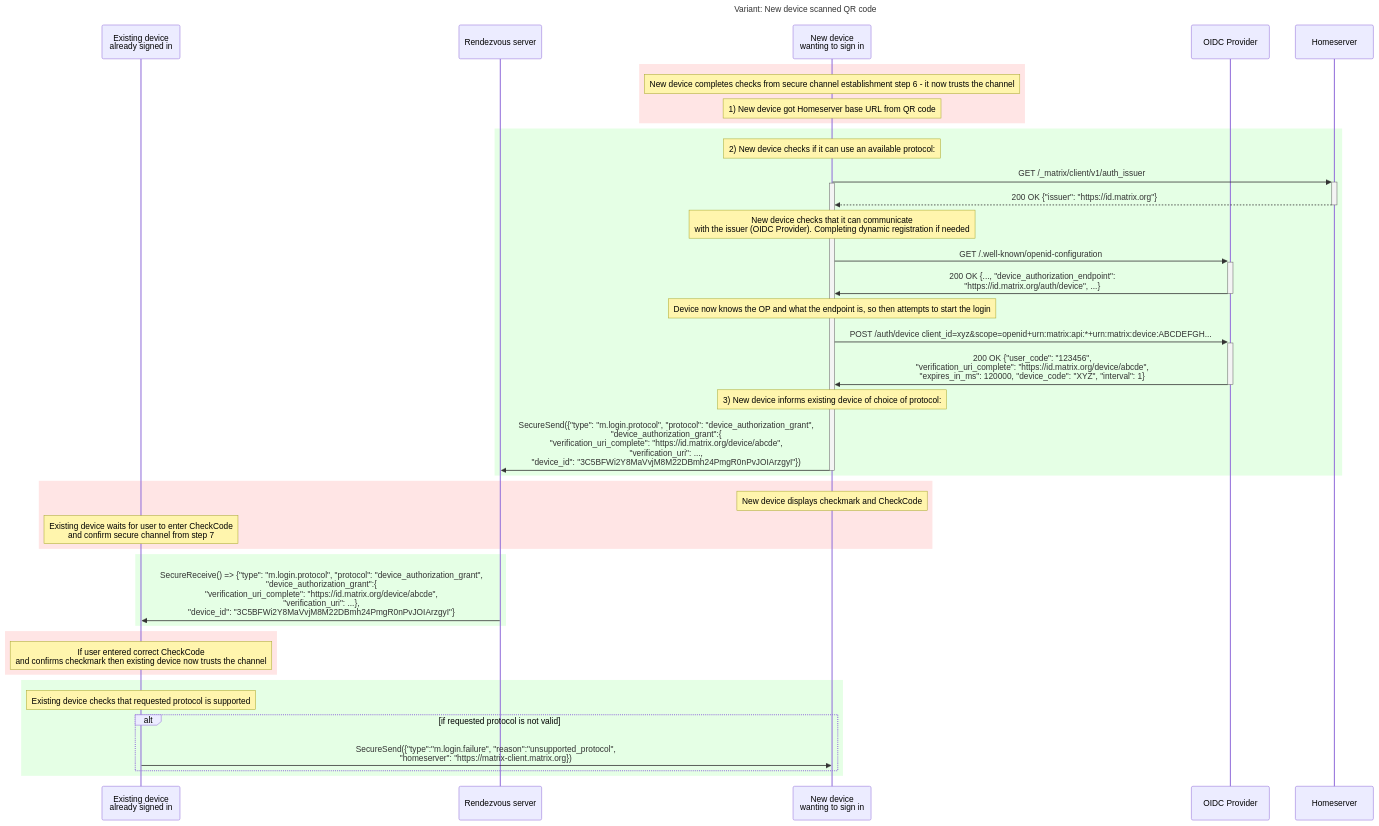
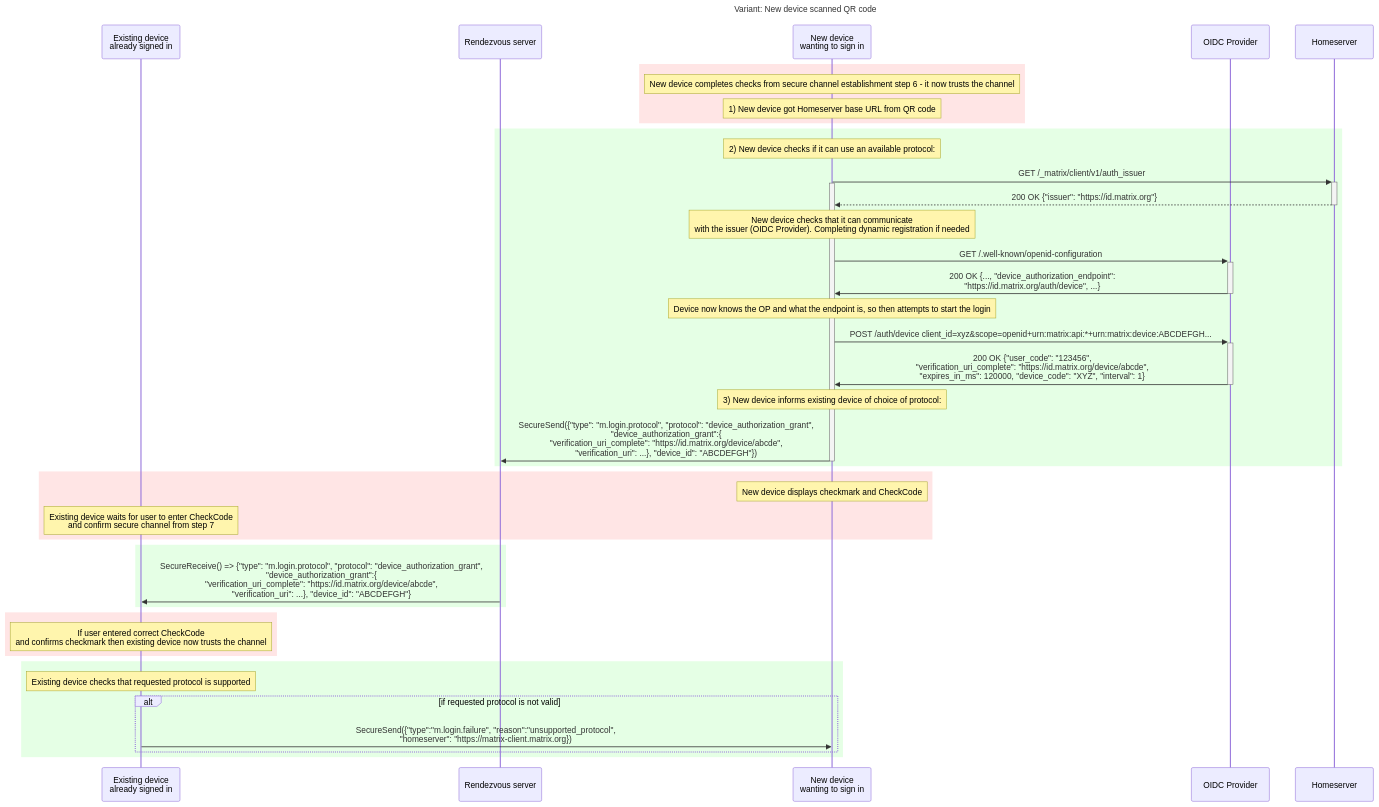
Before and after one commit to matrix-org/matrix-spec-proposals: the third of 6 diagrams in proposals/4108-oidc-qr-login.md, drawn with Mermaid. The commit also changed other lines of this file, not shown here.

First line of the commit message:
Revert changes to device id and proofs

````diff
--- a/proposals/4108-oidc-qr-login.md
+++ b/proposals/4108-oidc-qr-login.md
@@ -819,68 +811,68 @@
 ```mermaid
 sequenceDiagram
     title: Variant: New device scanned QR code
     participant E as Existing device <br>already signed in
     participant Z as Rendezvous server
     participant N as New device <br>wanting to sign in
     participant OP as OIDC Provider
     participant HS as Homeserver
 
 
     rect rgba(255,0,0, 0.1)
     #alt if New device scanned QR code
         note over N: New device completes checks from secure channel establishment step 6 - it now trusts the channel
         note over N: 1) New device got Homeserver base URL from QR code
 
     #else if Existing device scanned QR code
     #    note over E: Existing device completes step 6
     #    note over E: Existing device displays checkmark and CheckCode
     #    note over E: 1) Existing device sends m.login.protocols message
     #    E->>Z: SecureSend({"type":"m.login.protocols", "protocols":["device_authorization_grant],<br> "homeserver": "https://matrix-client.matrix.org"})
     #    note over N: New device waits for user to confirm secure channel from step 7
     #    Z->>N: SecureReceive() => {"type":"m.login.protocols", "protocols":["device_authorization_grant],<br> "homeserver": "https://matrix-client.matrix.org"}
     #    note over N: If user enters the correct CheckCode and confirms checkmark<br>then new device now trusts the channel, and uses the homeserver provided
     end
 
 
     rect rgba(0,255,0, 0.1)
     note over N: 2) New device checks if it can use an available protocol:
 
         N->>+HS: GET /_matrix/client/v1/auth_issuer
     activate N
         HS-->>-N: 200 OK {"issuer": "https://id.matrix.org"}
         Note over N: New device checks that it can communicate<br> with the issuer (OIDC Provider). Completing dynamic registration if needed 
         N->>+OP: GET /.well-known/openid-configuration
         OP->>-N: 200 OK {..., "device_authorization_endpoint":<br> "https://id.matrix.org/auth/device", ...}
         Note over N: Device now knows the OP and what the endpoint is, so then attempts to start the login
         N->>+OP: POST /auth/device client_id=xyz&scope=openid+urn:matrix:api:*+urn:matrix:device:ABCDEFGH...
         OP->>-N: 200 OK {"user_code": "123456",<br>"verification_uri_complete": "https://id.matrix.org/device/abcde",<br>"expires_in_ms": 120000, "device_code": "XYZ", "interval": 1}
         note over N: 3) New device informs existing device of choice of protocol:
-        N->>Z: SecureSend({"type": "m.login.protocol", "protocol": "device_authorization_grant",<br> "device_authorization_grant":{<br>"verification_uri_complete": "https://id.matrix.org/device/abcde",<br>"verification_uri": ...,<br>"device_id": "3C5BFWi2Y8MaVvjM8M22DBmh24PmgR0nPvJOIArzgyI"})
+        N->>Z: SecureSend({"type": "m.login.protocol", "protocol": "device_authorization_grant",<br> "device_authorization_grant":{<br>"verification_uri_complete": "https://id.matrix.org/device/abcde",<br>"verification_uri": ...}, "device_id": "ABCDEFGH"})
 
     deactivate N
     end
 
     rect rgba(255,0,0, 0.1)
     # alt if New device scanned QR code
         note over N: New device displays checkmark and CheckCode
         note over E: Existing device waits for user to enter CheckCode<br>and confirm secure channel from step 7
     end
 
     rect rgba(0,255,0, 0.1)
-        Z->>E: SecureReceive() => {"type": "m.login.protocol", "protocol": "device_authorization_grant",<br> "device_authorization_grant":{<br>"verification_uri_complete": "https://id.matrix.org/device/abcde",<br>"verification_uri": ...},<br>"device_id": "3C5BFWi2Y8MaVvjM8M22DBmh24PmgR0nPvJOIArzgyI"}
+        Z->>E: SecureReceive() => {"type": "m.login.protocol", "protocol": "device_authorization_grant",<br> "device_authorization_grant":{<br>"verification_uri_complete": "https://id.matrix.org/device/abcde",<br>"verification_uri": ...}, "device_id": "ABCDEFGH"}
     end
 
     rect rgba(255,0,0, 0.1)
     # alt if New device scanned QR code
         note over E: If user entered correct CheckCode<br>and confirms checkmark then existing device now trusts the channel
     end
 
 
     rect rgba(0,255,0, 0.1)
     note over E: Existing device checks that requested protocol is supported
 
     alt if requested protocol is not valid
         E->>N: SecureSend({"type":"m.login.failure", "reason":"unsupported_protocol",<br>"homeserver": "https://matrix-client.matrix.org})
     end
     end
 ```
````
